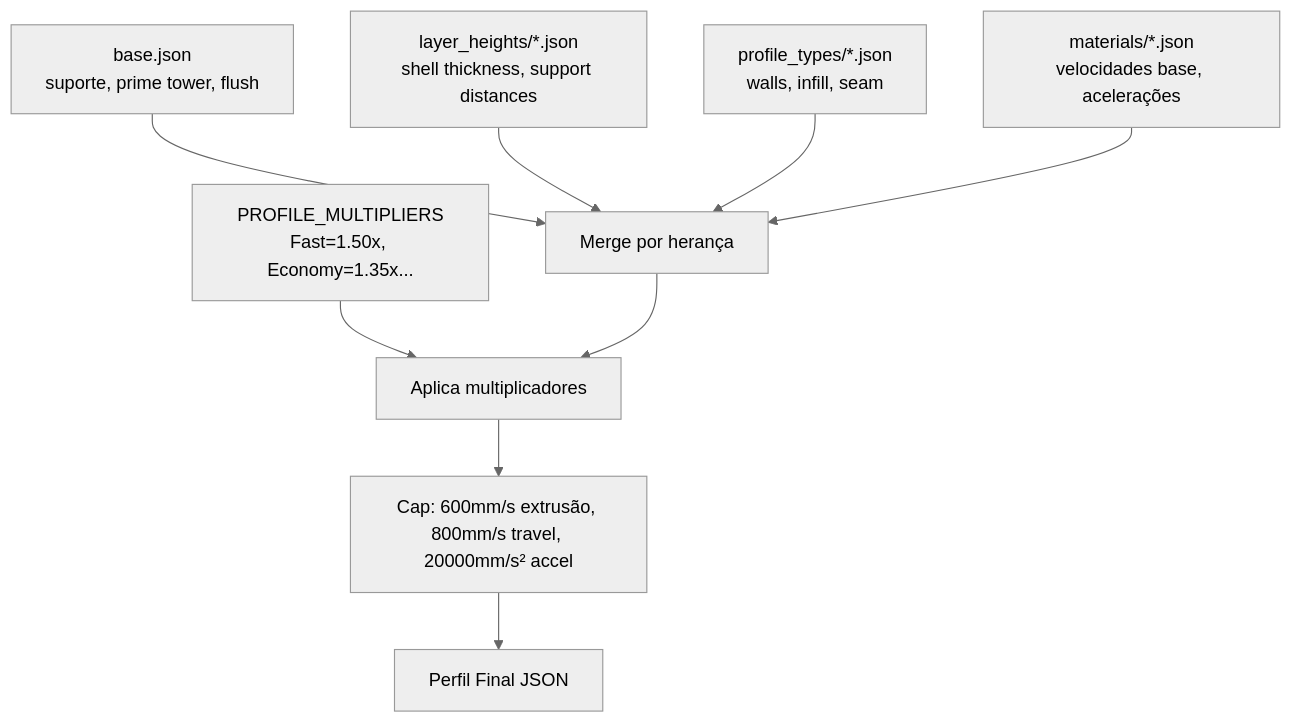
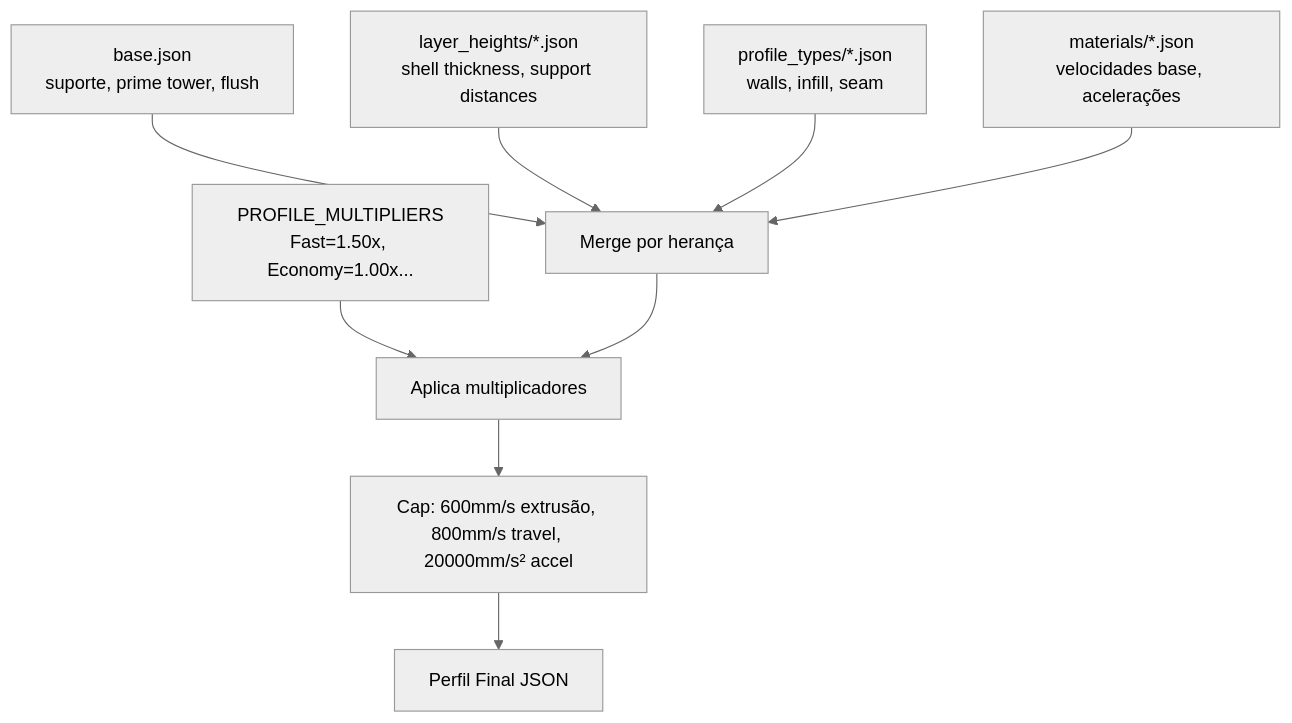
One commit to RafaelFino/FilamentDB changed the fourth of 4 diagrams in README.md. Above: the diagram before and after it, drawn with Mermaid (neutral theme). The commit also changed other lines of this file and 18 other files, not shown here.

````diff
--- a/README.md
+++ b/README.md
@@ -243,11 +251,11 @@
 ```mermaid
 flowchart TD
     BASE[base.json<br/>suporte, prime tower, flush] --> MERGE
     LH[layer_heights/*.json<br/>shell thickness, support distances] --> MERGE
     PT[profile_types/*.json<br/>walls, infill, seam] --> MERGE
     MAT[materials/*.json<br/>velocidades base, acelerações] --> MERGE[Merge por herança]
-    MULT[PROFILE_MULTIPLIERS<br/>Fast=1.50x, Economy=1.35x...] --> CALC[Aplica multiplicadores]
+    MULT[PROFILE_MULTIPLIERS<br/>Fast=1.50x, Economy=1.00x...] --> CALC[Aplica multiplicadores]
     MERGE --> CALC
     CALC --> CAP[Cap: 600mm/s extrusão, 800mm/s travel, 20000mm/s² accel]
     CAP --> PROFILE[Perfil Final JSON]
 ```
````
